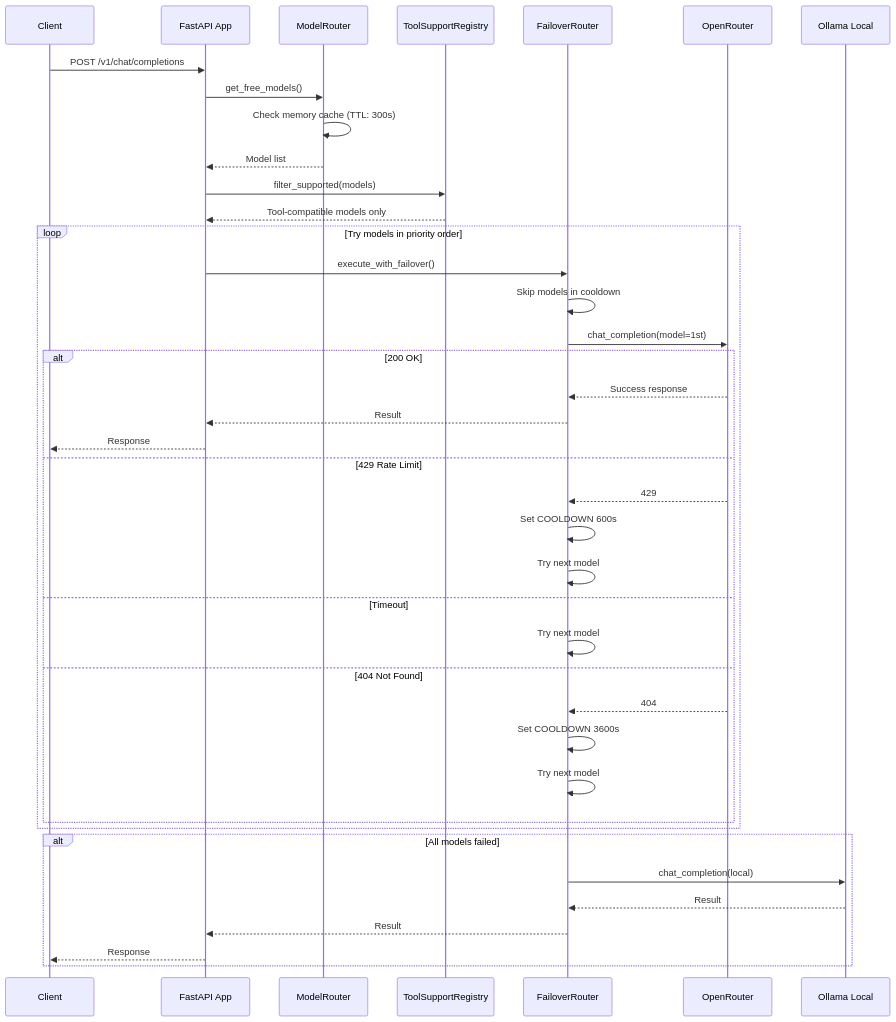
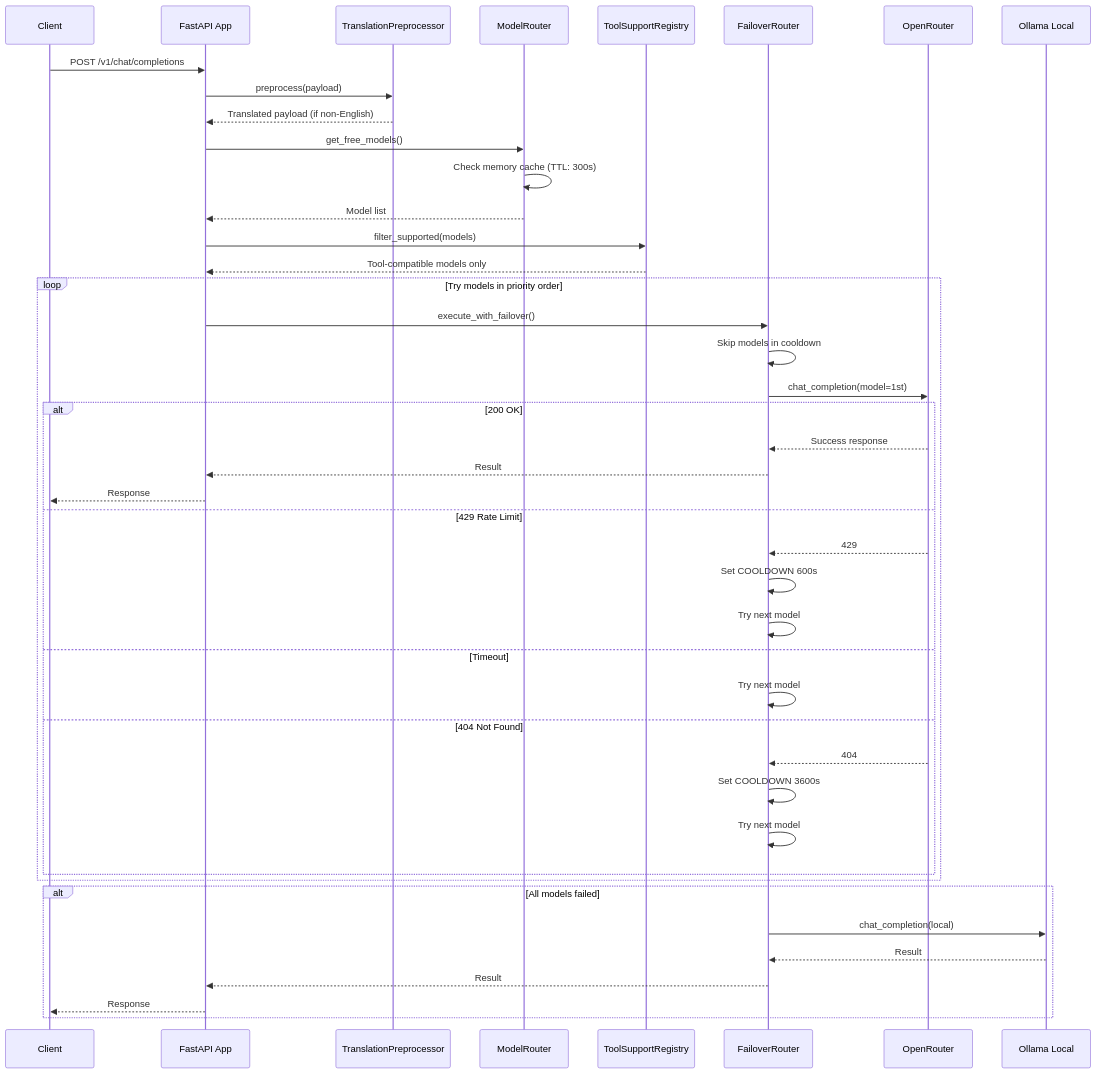
One commit to tokkkie/free-model-router changed the third of 5 diagrams in docs/how-it-works.md. Above: the diagram before and after it, drawn with Mermaid. The commit also changed other lines of this file and 11 other files, not shown here.

````diff
--- a/docs/how-it-works.md
+++ b/docs/how-it-works.md
@@ -55,48 +84,52 @@
 ```mermaid
 sequenceDiagram
     participant Client as Client
     participant App as FastAPI App
+    participant PP as TranslationPreprocessor
     participant MR as ModelRouter
     participant TSR as ToolSupportRegistry
     participant FR as FailoverRouter
     participant OR as OpenRouter
     participant Ollama as Ollama Local
 
     Client->>App: POST /v1/chat/completions
+
+    App->>PP: preprocess(payload)
+    PP-->>App: Translated payload (if non-English)
 
     App->>MR: get_free_models()
     MR->>MR: Check memory cache (TTL: 300s)
     MR-->>App: Model list
 
     App->>TSR: filter_supported(models)
     TSR-->>App: Tool-compatible models only
 
     loop Try models in priority order
         App->>FR: execute_with_failover()
         FR->>FR: Skip models in cooldown
 
         FR->>OR: chat_completion(model=1st)
         alt 200 OK
             OR-->>FR: Success response
             FR-->>App: Result
             App-->>Client: Response
         else 429 Rate Limit
             OR-->>FR: 429
             FR->>FR: Set COOLDOWN 600s
             FR->>FR: Try next model
         else Timeout
             FR->>FR: Try next model
         else 404 Not Found
             OR-->>FR: 404
             FR->>FR: Set COOLDOWN 3600s
             FR->>FR: Try next model
         end
     end
 
     alt All models failed
         FR->>Ollama: chat_completion(local)
         Ollama-->>FR: Result
         FR-->>App: Result
         App-->>Client: Response
     end
 ```
````
